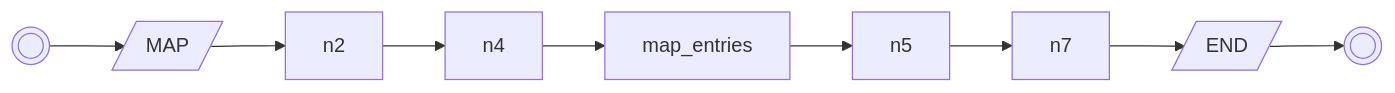
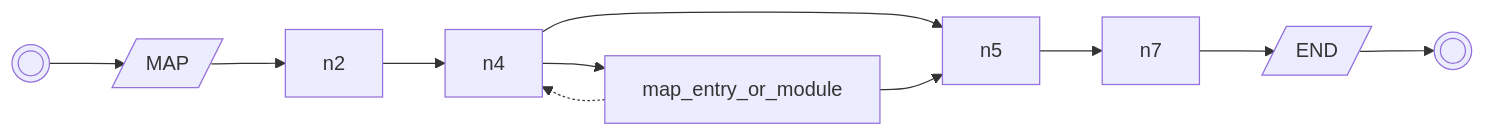
Before and after one commit to dg1an3/ALGT: the fourth of 12 diagrams in clarion_simulators/unified/clarion_railroad.md, drawn with Mermaid. The commit also changed other lines of this file and 2 other files, not shown here.

Commit message:
feat: Enhance Mermaid diagram generation with star, comma_list, and comma_attrs support

````diff
--- a/clarion_simulators/unified/clarion_railroad.md
+++ b/clarion_simulators/unified/clarion_railroad.md
@@ -129,13 +132,15 @@
 ```mermaid
 flowchart LR
     n0(((" ")))
     n1(((" ")))
     n3[/"MAP"/]
-    n6["map_entries"]
+    n6["map_entry_or_module"]
     n8[/"END"/]
     n0 --> n3 --> n2
     n2 --> n4
+    n4 --> n5
     n4 --> n6 --> n5
     n5 --> n7
+    n6 -.-> n4
     n7 --> n8 --> n1
 ```
````
